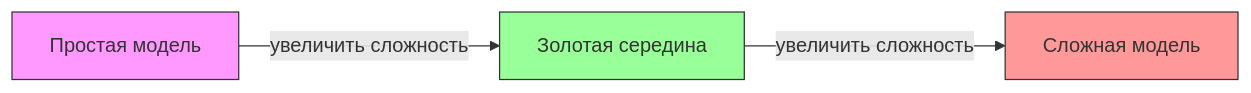
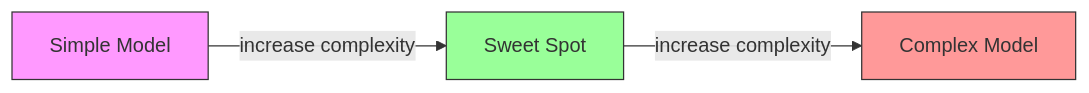
The first of 5 diagrams in phases/02-ml-fundamentals/10-bias-variance/docs/ru.md (stabuev/ai-engineering-from-scratch), drawn with Mermaid before and after one commit. The commit also changed other lines of this file and 182 other files, not shown here.

````diff
--- a/phases/02-ml-fundamentals/10-bias-variance/docs/ru.md
+++ b/phases/02-ml-fundamentals/10-bias-variance/docs/ru.md
@@ -77,9 +77,9 @@
 ```mermaid
 graph LR
-    A[Простая модель] -->|увеличить сложность| B[Золотая середина]
-    B -->|увеличить сложность| C[Сложная модель]
+    A[Simple Model] -->|increase complexity| B[Sweet Spot]
+    B -->|increase complexity| C[Complex Model]
 
     style A fill:#f9f,stroke:#333
     style B fill:#9f9,stroke:#333
     style C fill:#f99,stroke:#333
 ```
````
